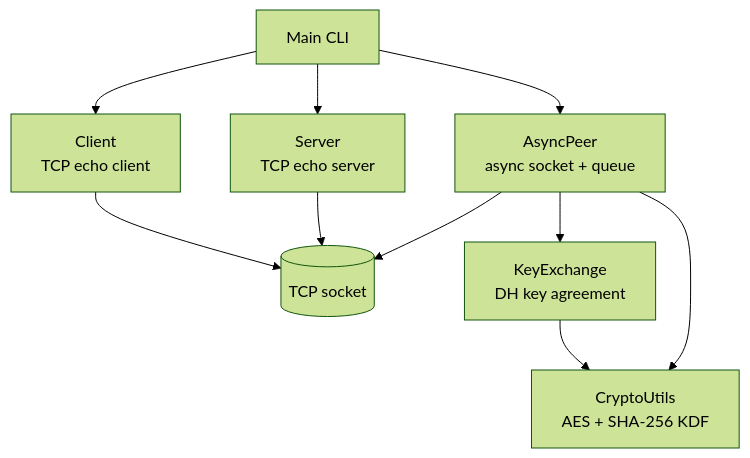
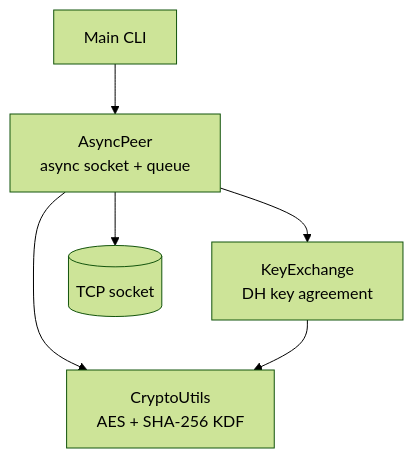
Before and after one commit to fl4nk3r-h/secureP2P-Java: the first of 2 diagrams in docs/high-level-architecture.md, drawn with Mermaid (forest theme). The commit also changed other lines of this file, not shown here.

Commit message:
Refactor high-level architecture documentation to clarify peer connection components and remove legacy client/server references

````diff
--- a/docs/high-level-architecture.md
+++ b/docs/high-level-architecture.md
@@ -14,20 +11,14 @@
 ```mermaid
 flowchart TB
     Main[Main CLI]
-    Client[Client\nTCP echo client]
-    Server[Server\nTCP echo server]
     Peer[AsyncPeer\nasync socket + queue]
     Key[KeyExchange\nDH key agreement]
     Crypto[CryptoUtils\nAES + SHA-256 KDF]
     Socket[(TCP socket)]
 
-    Main --> Client
-    Main --> Server
     Main --> Peer
-    Client --> Socket
-    Server --> Socket
     Peer --> Socket
     Peer --> Key
     Peer --> Crypto
     Key --> Crypto
 ```
````
